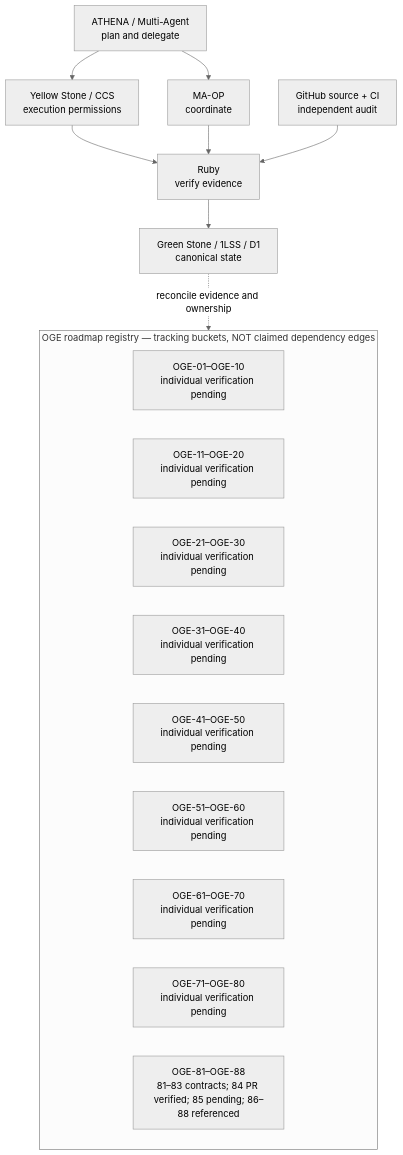
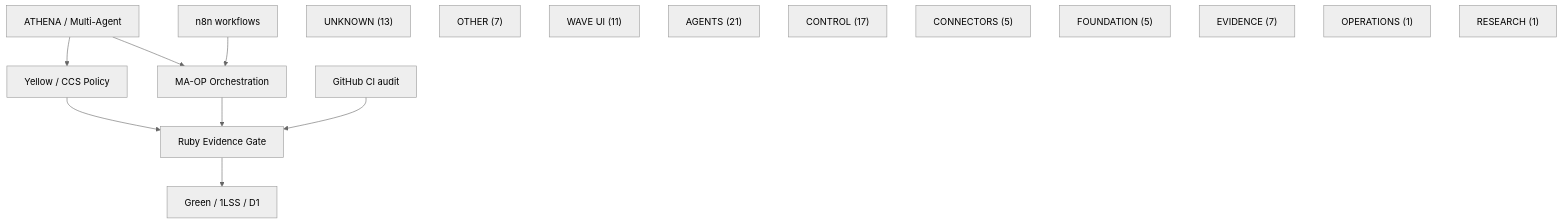
Before and after one commit to GH-ADDMINPOVIDER/Build-Platform: the diagram in docs/OGE_01_88_VISUAL_WORKFLOW_REGISTRY.md, drawn with Mermaid (neutral theme). The commit also changed other lines of this file, not shown here.

Commit message:
docs: populate OGE 01–88 visual map with live Linear assignments and statuses

````diff
--- a/docs/OGE_01_88_VISUAL_WORKFLOW_REGISTRY.md
+++ b/docs/OGE_01_88_VISUAL_WORKFLOW_REGISTRY.md
@@ -7,21 +7,20 @@
 ```mermaid
 flowchart TD
-  A["ATHENA / Multi-Agent<br/>plan and delegate"] --> Y["Yellow Stone / CCS<br/>execution permissions"]
-  A --> M["MA-OP<br/>coordinate"]
-  Y --> R["Ruby<br/>verify evidence"]
-  M --> R
-  R --> G["Green Stone / 1LSS / D1<br/>canonical state"]
-  X["GitHub source + CI<br/>independent audit"] --> R
-  subgraph Roadmap["OGE roadmap registry — tracking buckets, NOT claimed dependency edges"]
-  B0["OGE-01–OGE-10<br/>individual verification pending"]
-  B1["OGE-11–OGE-20<br/>individual verification pending"]
-  B2["OGE-21–OGE-30<br/>individual verification pending"]
-  B3["OGE-31–OGE-40<br/>individual verification pending"]
-  B4["OGE-41–OGE-50<br/>individual verification pending"]
-  B5["OGE-51–OGE-60<br/>individual verification pending"]
-  B6["OGE-61–OGE-70<br/>individual verification pending"]
-  B7["OGE-71–OGE-80<br/>individual verification pending"]
-  B8["OGE-81–OGE-88<br/>81–83 contracts; 84 PR verified; 85 pending; 86–88 referenced"]
-  end
-  G -. "reconcile evidence and ownership" .-> Roadmap
+ A["ATHENA / Multi-Agent"] --> Y["Yellow / CCS Policy"]
+ A --> M["MA-OP Orchestration"]
+ Y --> R["Ruby Evidence Gate"]
+ M --> R
+ R --> G["Green / 1LSS / D1"]
+ N["n8n workflows"] --> M
+ GH["GitHub CI audit"] --> R
+ K0["UNKNOWN (13)"]
+ K1["OTHER (7)"]
+ K2["WAVE UI (11)"]
+ K3["AGENTS (21)"]
+ K4["CONTROL (17)"]
+ K5["CONNECTORS (5)"]
+ K6["FOUNDATION (5)"]
+ K7["EVIDENCE (7)"]
+ K8["OPERATIONS (1)"]
+ K9["RESEARCH (1)"]
 ```
````
